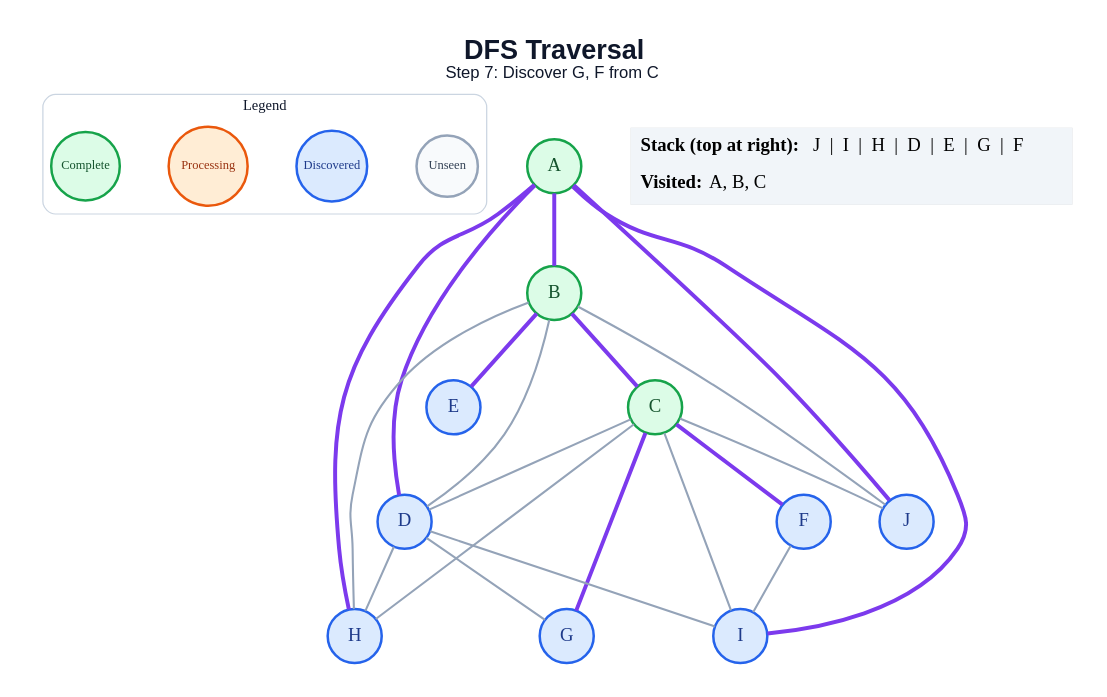
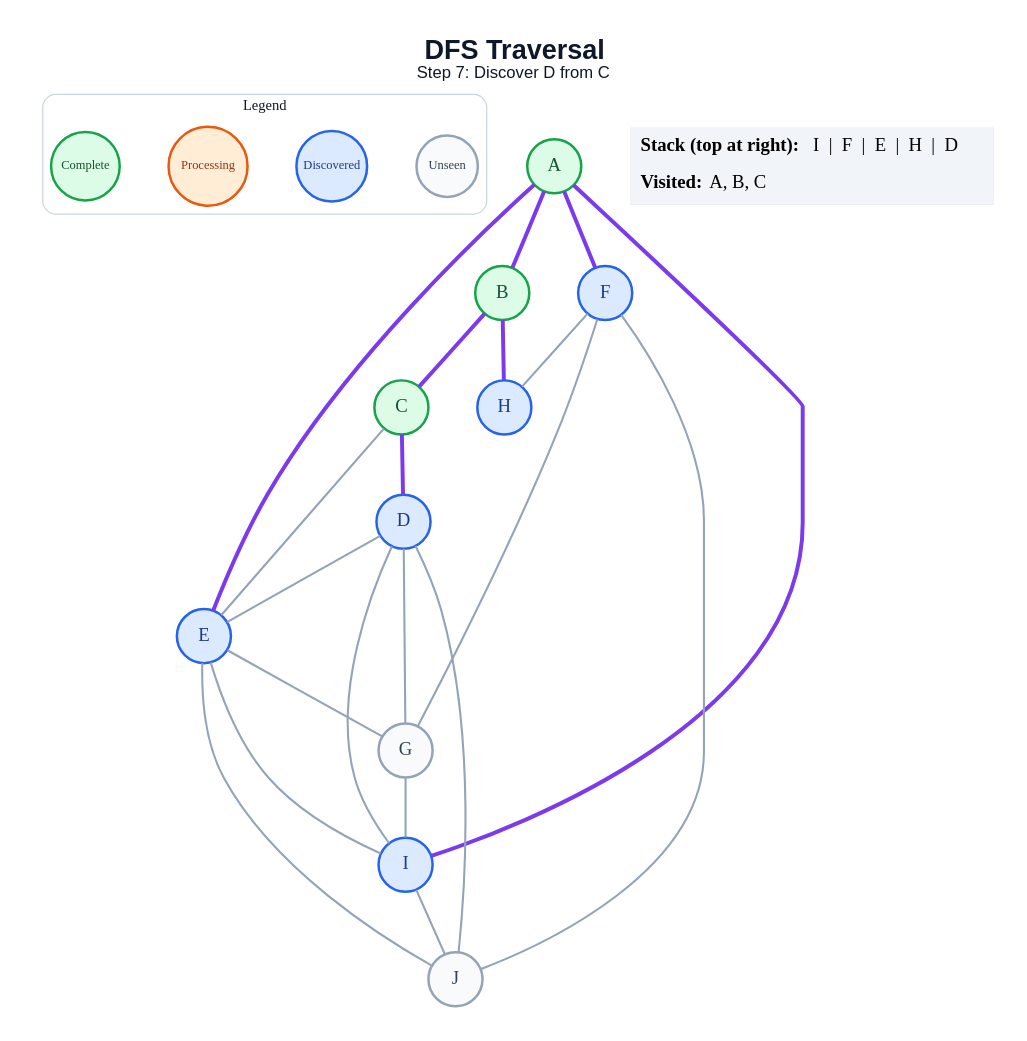
One commit to amanghodawala9/ai-slop changed the diagram in generated/dfs/step_07.dot. Above: the diagram before and after it, drawn with Graphviz. The commit also changed 178 other files, not shown here.

```diff
--- a/generated/dfs/step_07.dot
+++ b/generated/dfs/step_07.dot
@@ -1,49 +1,49 @@
 graph traversal {
   graph [layout=dot, rankdir=TB, bgcolor="#FFFFFF", pad="0.35", nodesep="0.65", ranksep="0.8", fontname="Arial"];
   node [shape=circle, style="filled", fontname="Arial Bold", fontsize=18, width=0.72, fixedsize=true, penwidth=2.4];
   edge [color="#94A3B8", penwidth=2.0];
-  label=<<B>DFS Traversal</B><BR/><FONT POINT-SIZE="16">Step 7: Discover G, F from C</FONT>>; labelloc="t"; fontsize=26; fontname="Arial"; fontcolor="#0F172A";
+  label=<<B>DFS Traversal</B><BR/><FONT POINT-SIZE="16">Step 7: Discover D from C</FONT>>; labelloc="t"; fontsize=26; fontname="Arial"; fontcolor="#0F172A";
   subgraph cluster_legend { label="Legend"; color="#CBD5E1"; penwidth=1.2; style="rounded"; fontsize=14; fontname="Arial Bold";
     key_unseen [label="Unseen", fillcolor="#F8FAFC", color="#94A3B8", fontcolor="#334155", fontsize=12, width=0.82];
     key_frontier [label="Discovered", fillcolor="#DBEAFE", color="#2563EB", fontcolor="#1E3A8A", fontsize=12, width=0.95];
     key_current [label="Processing", fillcolor="#FFEDD5", color="#EA580C", fontcolor="#9A3412", fontsize=12, width=1.05];
     key_done [label="Complete", fillcolor="#DCFCE7", color="#16A34A", fontcolor="#14532D", fontsize=12, width=0.92];
     { rank=same; key_unseen; key_frontier; key_current; key_done; }
   }
   A [fillcolor="#DCFCE7", color="#16A34A", fontcolor="#14532D"];
   B [fillcolor="#DCFCE7", color="#16A34A", fontcolor="#14532D"];
   C [fillcolor="#DCFCE7", color="#16A34A", fontcolor="#14532D"];
   D [fillcolor="#DBEAFE", color="#2563EB", fontcolor="#1E3A8A"];
   E [fillcolor="#DBEAFE", color="#2563EB", fontcolor="#1E3A8A"];
   F [fillcolor="#DBEAFE", color="#2563EB", fontcolor="#1E3A8A"];
-  G [fillcolor="#DBEAFE", color="#2563EB", fontcolor="#1E3A8A"];
+  G [fillcolor="#F8FAFC", color="#94A3B8", fontcolor="#334155"];
   H [fillcolor="#DBEAFE", color="#2563EB", fontcolor="#1E3A8A"];
   I [fillcolor="#DBEAFE", color="#2563EB", fontcolor="#1E3A8A"];
-  J [fillcolor="#DBEAFE", color="#2563EB", fontcolor="#1E3A8A"];
+  J [fillcolor="#F8FAFC", color="#94A3B8", fontcolor="#334155"];
   A -- B [color="#7C3AED", penwidth=3.8];
-  A -- D [color="#7C3AED", penwidth=3.8];
-  A -- H [color="#7C3AED", penwidth=3.8];
+  A -- E [color="#7C3AED", penwidth=3.8];
+  A -- F [color="#7C3AED", penwidth=3.8];
   A -- I [color="#7C3AED", penwidth=3.8];
-  A -- J [color="#7C3AED", penwidth=3.8];
   B -- C [color="#7C3AED", penwidth=3.8];
-  B -- D;
-  B -- E [color="#7C3AED", penwidth=3.8];
-  B -- H;
-  B -- J;
-  C -- D;
-  C -- F [color="#7C3AED", penwidth=3.8];
-  C -- G [color="#7C3AED", penwidth=3.8];
-  C -- H;
-  C -- I;
-  C -- J;
+  B -- H [color="#7C3AED", penwidth=3.8];
+  C -- D [color="#7C3AED", penwidth=3.8];
+  C -- E;
+  D -- E;
   D -- G;
-  D -- H;
   D -- I;
-  F -- I;
+  D -- J;
+  E -- G;
+  E -- I;
+  E -- J;
+  F -- G;
+  F -- H;
+  F -- J;
+  G -- I;
+  I -- J;
   status [shape=plain, fixedsize=false, width=0, height=0, margin=0, label=<
     <TABLE BORDER="0" CELLBORDER="0" CELLPADDING="7" BGCOLOR="#F1F5F9">
-      <TR><TD ALIGN="LEFT"><B>Stack (top at right):</B> J  |  I  |  H  |  D  |  E  |  G  |  F</TD></TR>
+      <TR><TD ALIGN="LEFT"><B>Stack (top at right):</B> I  |  F  |  E  |  H  |  D</TD></TR>
       <TR><TD ALIGN="LEFT"><B>Visited:</B> A, B, C</TD></TR>
     </TABLE>
   >];
 }
```
